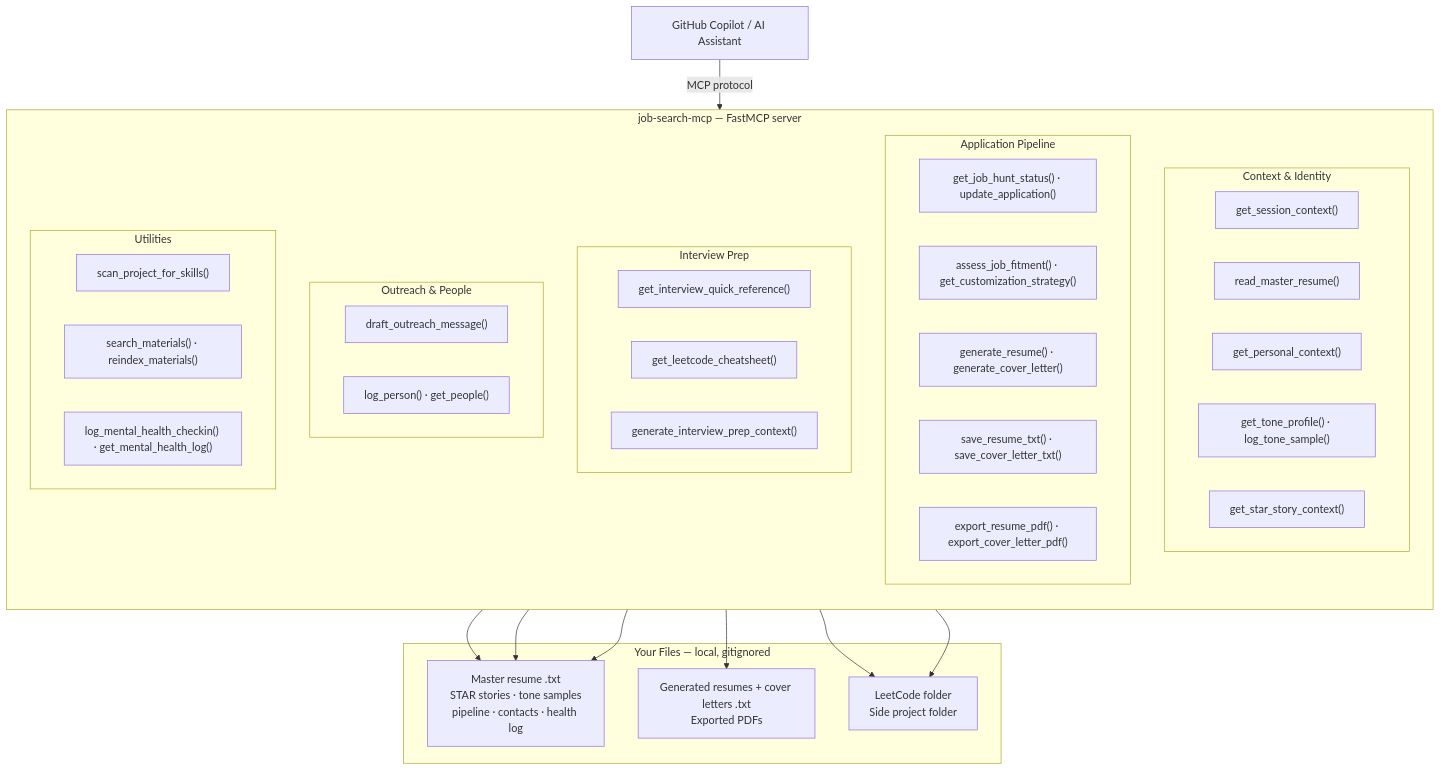
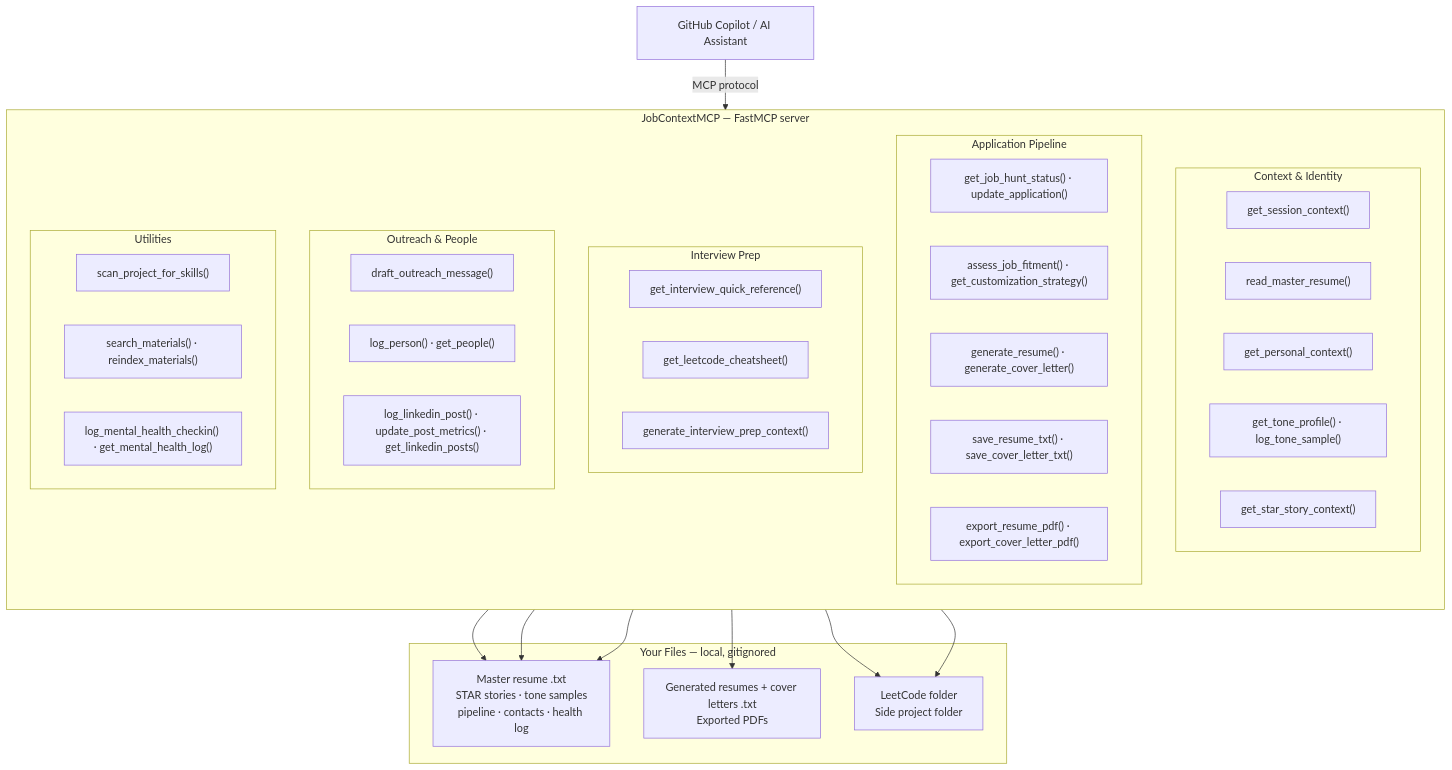
Before and after one commit to JustLikeFrank3/jobContextMCP: the first of 2 diagrams in README.md, drawn with Mermaid. The commit also changed other lines of this file and 23 other files, not shown here.

First line of the commit message:
rebrand: job-search-mcp → JobContextMCP

````diff
--- a/README.md
+++ b/README.md
@@ -33,56 +35,57 @@
 ```mermaid
 graph TB
     AI["GitHub Copilot / AI Assistant"]
 
     AI -->|MCP protocol| SERVER
 
-    subgraph SERVER["job-search-mcp  —  FastMCP server"]
+    subgraph SERVER["JobContextMCP  —  FastMCP server"]
         direction TB
 
         subgraph CTX["Context & Identity"]
             T1["get_session_context()"]
             T2["read_master_resume()"]
             T3["get_personal_context()"]
             T4["get_tone_profile() · log_tone_sample()"]
             T5["get_star_story_context()"]
         end
 
         subgraph PIPELINE["Application Pipeline"]
             T6["get_job_hunt_status() · update_application()"]
             T7["assess_job_fitment() · get_customization_strategy()"]
             T8["generate_resume() · generate_cover_letter()"]
             T9["save_resume_txt() · save_cover_letter_txt()"]
             T10["export_resume_pdf() · export_cover_letter_pdf()"]
         end
 
         subgraph INTERVIEW["Interview Prep"]
             T11["get_interview_quick_reference()"]
             T12["get_leetcode_cheatsheet()"]
             T13["generate_interview_prep_context()"]
         end
 
         subgraph NETWORK["Outreach & People"]
             T14["draft_outreach_message()"]
             T15["log_person() · get_people()"]
+            T19["log_linkedin_post() · update_post_metrics() · get_linkedin_posts()"]
         end
 
         subgraph UTIL["Utilities"]
             T16["scan_project_for_skills()"]
             T17["search_materials() · reindex_materials()"]
             T18["log_mental_health_checkin() · get_mental_health_log()"]
         end
     end
 
     subgraph FILES["Your Files  —  local, gitignored"]
         F1["Master resume .txt\nSTAR stories · tone samples\npipeline · contacts · health log"]
         F2["Generated resumes + cover letters .txt\nExported PDFs"]
         F3["LeetCode folder\nSide project folder"]
     end
 
     CTX --> F1
     PIPELINE --> F1
     PIPELINE --> F2
     INTERVIEW --> F3
     UTIL --> F3
     UTIL --> F1
 ```
````
